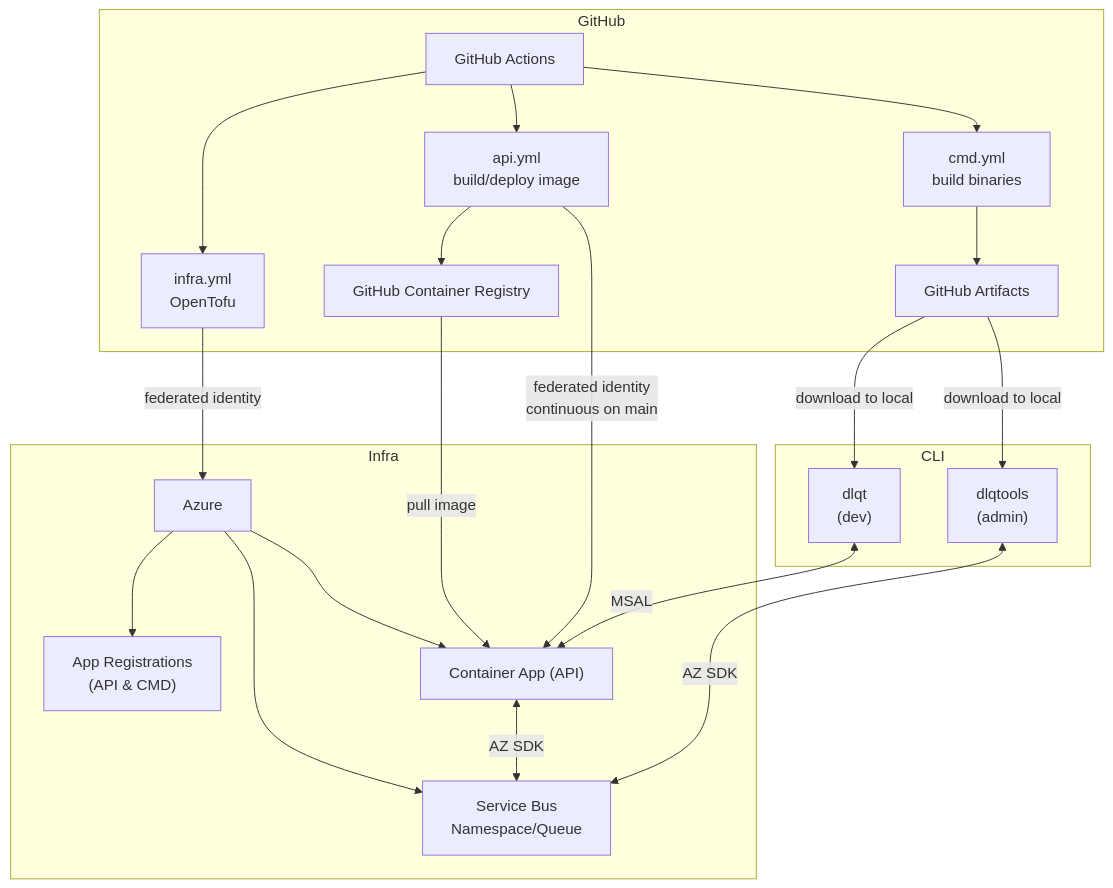
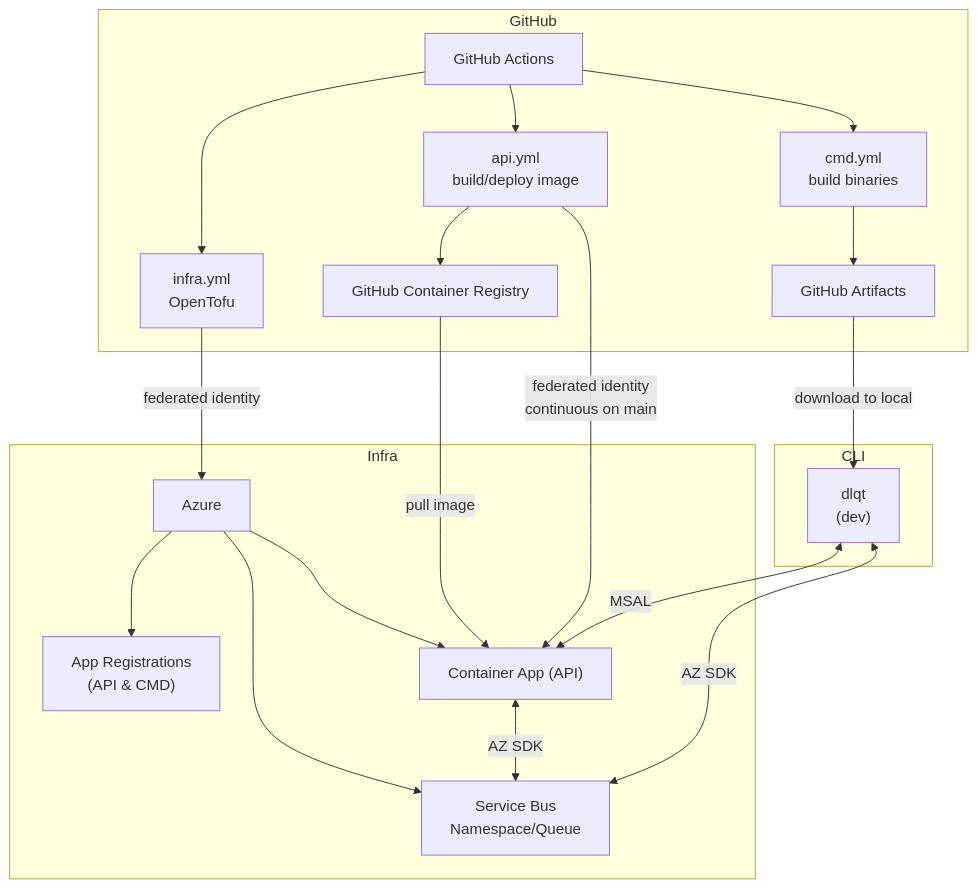
The diagram in README.md (emerconn/dlqt), drawn with Mermaid before and after one commit. The commit also changed other lines of this file, not shown here.

Commit message:
remove all dlqtools references

````diff
--- a/README.md
+++ b/README.md
@@ -34,31 +27,30 @@
 ```mermaid
 graph TD
     subgraph "GitHub"
         C["GitHub Actions"]
         C --> A["infra.yml<br>OpenTofu"]
         C --> D["cmd.yml<br>build binaries"]
         C --> F["api.yml<br>build/deploy image"]
         F --> L["GitHub Container Registry"]
         D --> G["GitHub Artifacts"]
     end
 
     subgraph "Infra"
         B["Azure"]
         B --> B1["App Registrations<br>(API & CMD)"]
         B --> B2["Container App (API)"]
         B --> B3["Service Bus<br>Namespace/Queue"]
         B2 <-->|AZ SDK| B3
     end
 
     L -->|pull image| B2
     F -->|federated identity<br>continuous on main| B2
 
     subgraph "CLI"
         H["dlqt<br>(dev)"] <-->|MSAL| B2
-        K["dlqtools<br>(admin)"] <-->|AZ SDK| B3
     end
 
     A -->|federated identity| B
     G -->|download to local| H
-    G -->|download to local| K
+    H <-->|AZ SDK| B3
 ```
````
